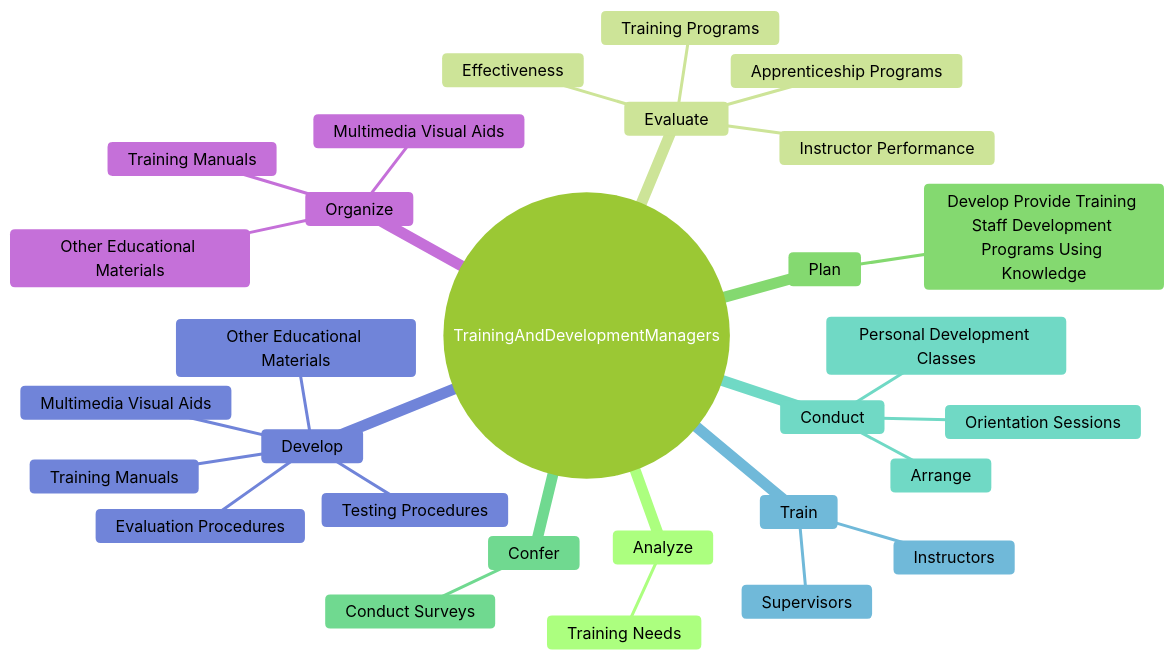
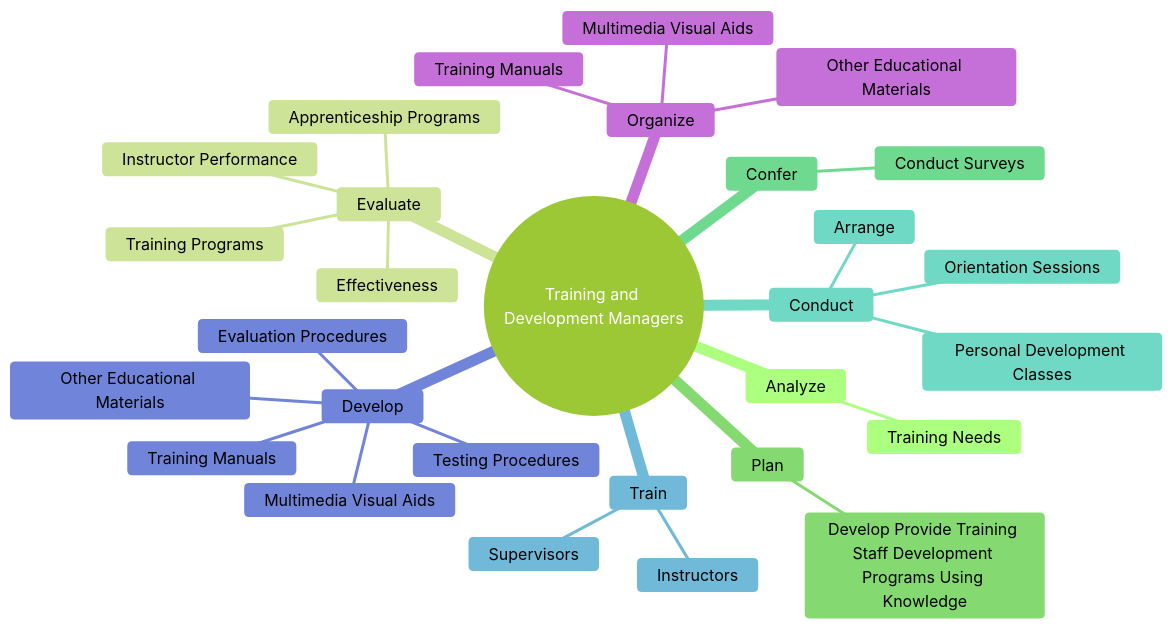
One commit to kziemski/business.org.ai changed the second of 4 diagrams in occupations/Management/TrainingAndDevelopmentManagers.mdx. Above: the diagram before and after it, drawn with Mermaid (forest theme). The commit also changed other lines of this file and 938 other files, not shown here.

````diff
--- a/occupations/Management/TrainingAndDevelopmentManagers.mdx
+++ b/occupations/Management/TrainingAndDevelopmentManagers.mdx
@@ -37,32 +45,32 @@
 ```mermaid
 mindmap
-    root(("TrainingAndDevelopmentManagers"))
+    root(("Training and Development Managers"))
         Analyze
             Training Needs
         Evaluate
             Instructor Performance
             Effectiveness
             Training Programs
             Apprenticeship Programs
         Plan
             Develop Provide Training Staff Development Programs Using Knowledge
         Confer
             Conduct Surveys
         Conduct
             Orientation Sessions
             Arrange
             Personal Development Classes
         Train
             Instructors
             Supervisors
         Develop
             Training Manuals
             Multimedia Visual Aids
             Other Educational Materials
             Testing Procedures
             Evaluation Procedures
         Organize
             Training Manuals
             Multimedia Visual Aids
             Other Educational Materials
 ```
````
